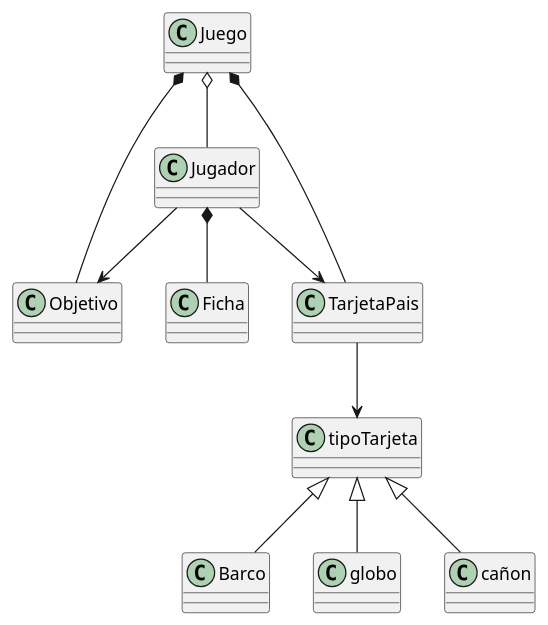
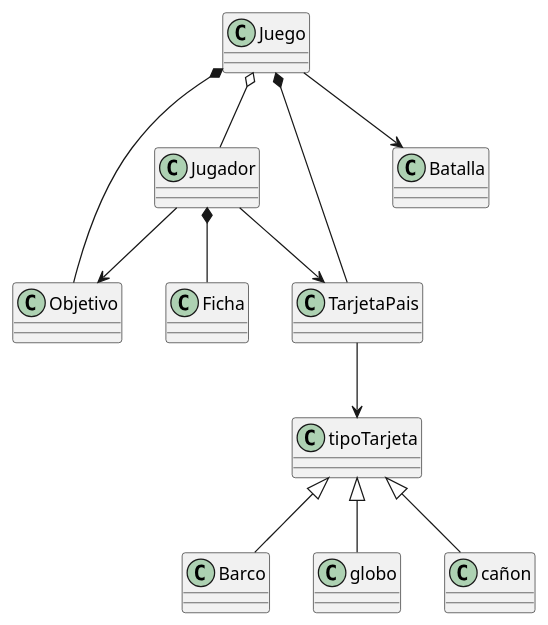
The diagram in src/main/java/edu/fiuba/algo3/modelo/DiagramaDeClasesJugador.puml (Cristianfca197/altego), drawn with PlantUML before and after one commit. The commit also changed 3 other files, not shown here.

Commit message:
diagramas clase y secuencia modificados

```diff
--- a/src/main/java/edu/fiuba/algo3/modelo/DiagramaDeClasesJugador.puml
+++ b/src/main/java/edu/fiuba/algo3/modelo/DiagramaDeClasesJugador.puml
@@ -1,15 +1,18 @@
 @startuml
 
 Juego o-- Jugador
 Jugador *-- Ficha
 Jugador --> Objetivo
 Jugador -->TarjetaPais
 
 Juego *-- TarjetaPais
 TarjetaPais --> tipoTarjeta
 tipoTarjeta <|-- Barco
 tipoTarjeta <|-- globo
 tipoTarjeta <|-- cañon
 
 Juego *-- Objetivo
+Juego --> Batalla
+
+
 @enduml
```
